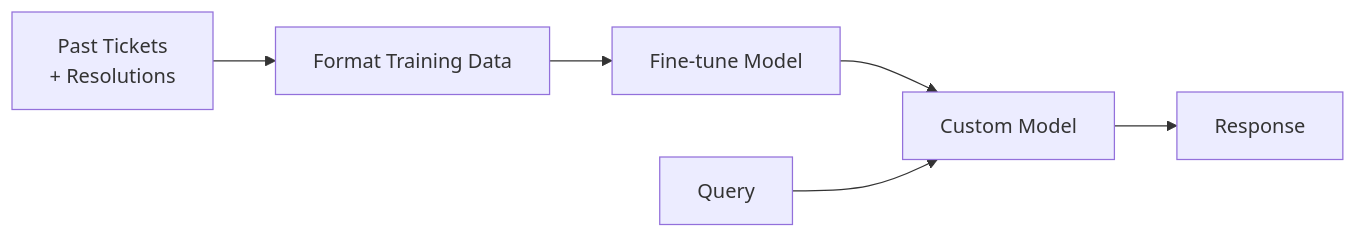
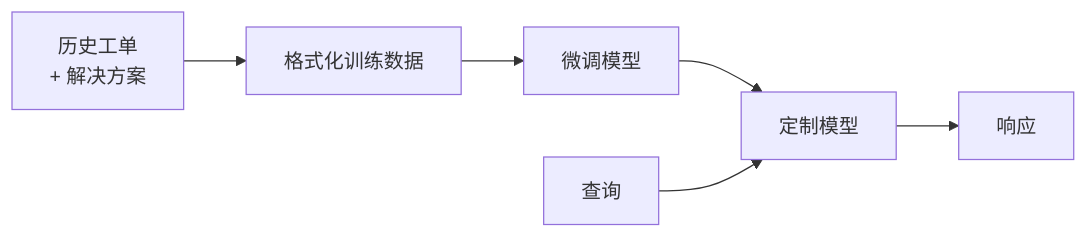
The third of 3 diagrams in i18n/zh/docusaurus-plugin-content-docs/current/06-ai-models.md (stars-labs/ai-driven-customer-service), drawn with Mermaid before and after one commit. The commit also changed other lines of this file and 15 other files, not shown here.

````diff
--- a/i18n/zh/docusaurus-plugin-content-docs/current/06-ai-models.md
+++ b/i18n/zh/docusaurus-plugin-content-docs/current/06-ai-models.md
@@ -108,8 +108,8 @@
 ```mermaid
 flowchart LR
-    D[Past Tickets<br/>+ Resolutions] --> P[Format Training Data]
-    P --> T[Fine-tune Model]
-    T --> M[Custom Model]
-    Q[Query] --> M
-    M --> A[Response]
+    D[历史工单<br/>+ 解决方案] --> P[格式化训练数据]
+    P --> T[微调模型]
+    T --> M[定制模型]
+    Q[查询] --> M
+    M --> A[响应]
 ```
````
